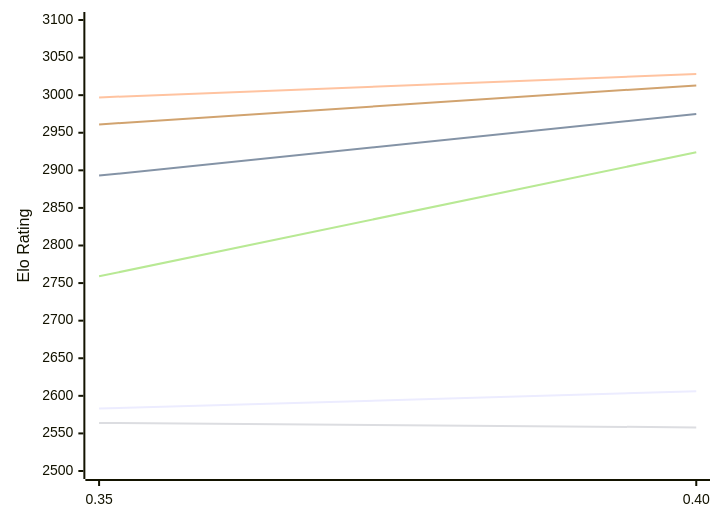
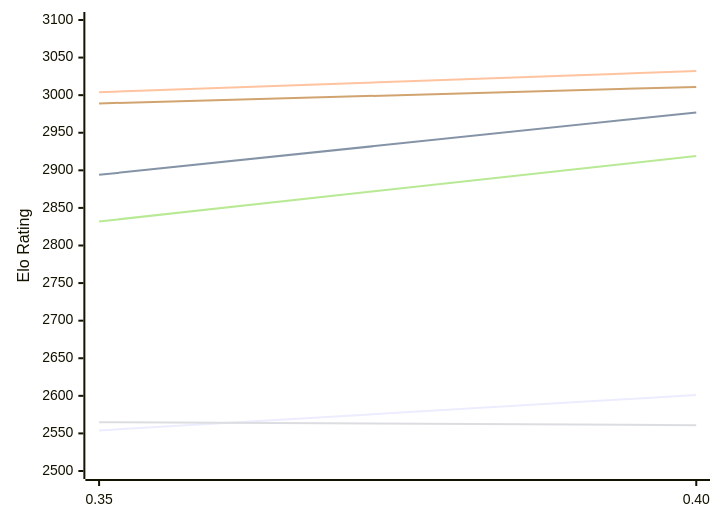
Before and after one commit to computer-chess-index/cci: the first of 2 diagrams in engines/Gecko.md, drawn with Mermaid. The commit also changed other lines of this file, not shown here.

Commit message:
Update CCI Ratings (ELO VLTC) - 2026-11-15

````diff
--- a/engines/Gecko.md
+++ b/engines/Gecko.md
@@ -54,12 +54,12 @@
 ```mermaid
 %%{init: {"theme":"base","themeVariables":{"seriesColors:['#a3a3a3','#222221','#faa371']}}}%%
 xychart-beta
   x-axis ["0.35", "0.40"]
   y-axis "Elo Rating" 2500 --> 3100
-  line "E1: STC (8.0+0.08s)" [2583, 2606]
-  line "E1: LTC (60.0+0.60s)" [2893, 2975]
-  line "E1: VLTC (2m24s+1.12s)" [2997, 3028]
-  line "P1: STC (8.0+0.08s)" [2564, 2558]
-  line "P1: LTC (60.0+0.60s)" [2759, 2924]
-  line "P1: VLTC (2m24s+1.12s)" [2961, 3013]
+  line "E1: STC (8.0+0.08s)" [2554, 2601]
+  line "E1: LTC (60.0+0.60s)" [2894, 2977]
+  line "E1: VLTC (2m24s+1.12s)" [3004, 3032]
+  line "P1: STC (8.0+0.08s)" [2565, 2561]
+  line "P1: LTC (60.0+0.60s)" [2832, 2919]
+  line "P1: VLTC (2m24s+1.12s)" [2989, 3011]
 ```
````
